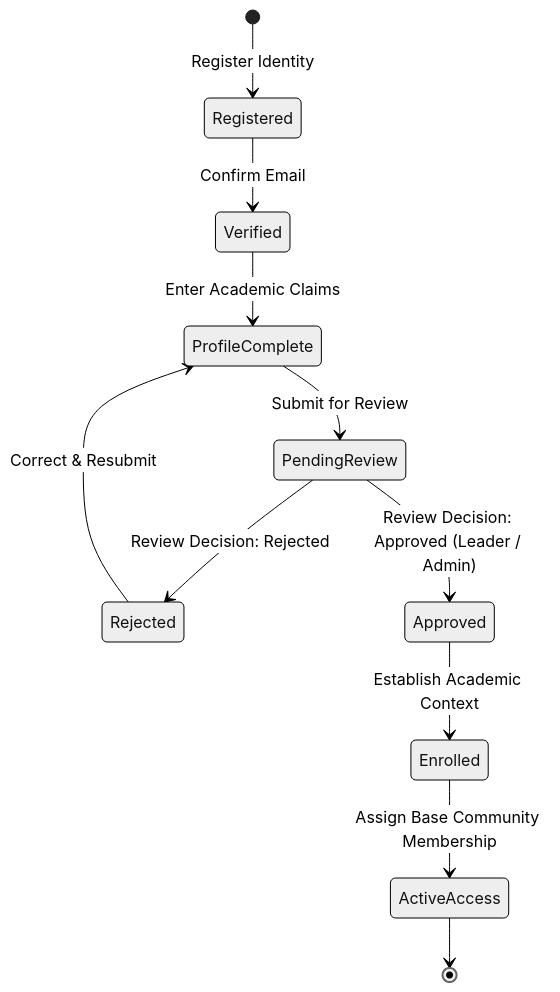
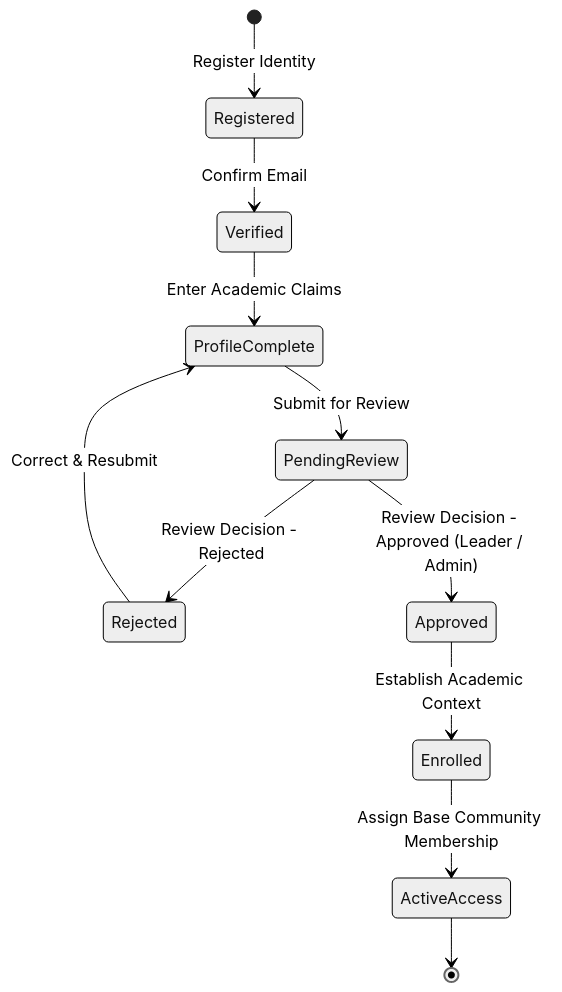
Before and after one commit to davidalbertstark-lab/Lenar: the second of 5 diagrams in docs/product/04-UX-UI.md, drawn with Mermaid (neutral theme). The commit also changed 2 other files, not shown here.

Commit message:
docs: fix mermaid syntax errors in diagram redesigns

````diff
--- a/docs/product/04-UX-UI.md
+++ b/docs/product/04-UX-UI.md
@@ -98,15 +98,15 @@
 ```mermaid
 stateDiagram-v2
     [*] --> Registered: Register Identity
     Registered --> Verified: Confirm Email
     Verified --> ProfileComplete: Enter Academic Claims
     ProfileComplete --> PendingReview: Submit for Review
 
-    PendingReview --> Rejected: Review Decision: Rejected
+    PendingReview --> Rejected: Review Decision - Rejected
     Rejected --> ProfileComplete: Correct & Resubmit
 
-    PendingReview --> Approved: Review Decision: Approved (Leader / Admin)
+    PendingReview --> Approved: Review Decision - Approved (Leader / Admin)
     Approved --> Enrolled: Establish Academic Context
     Enrolled --> ActiveAccess: Assign Base Community Membership
     ActiveAccess --> [*]
 ```
````
